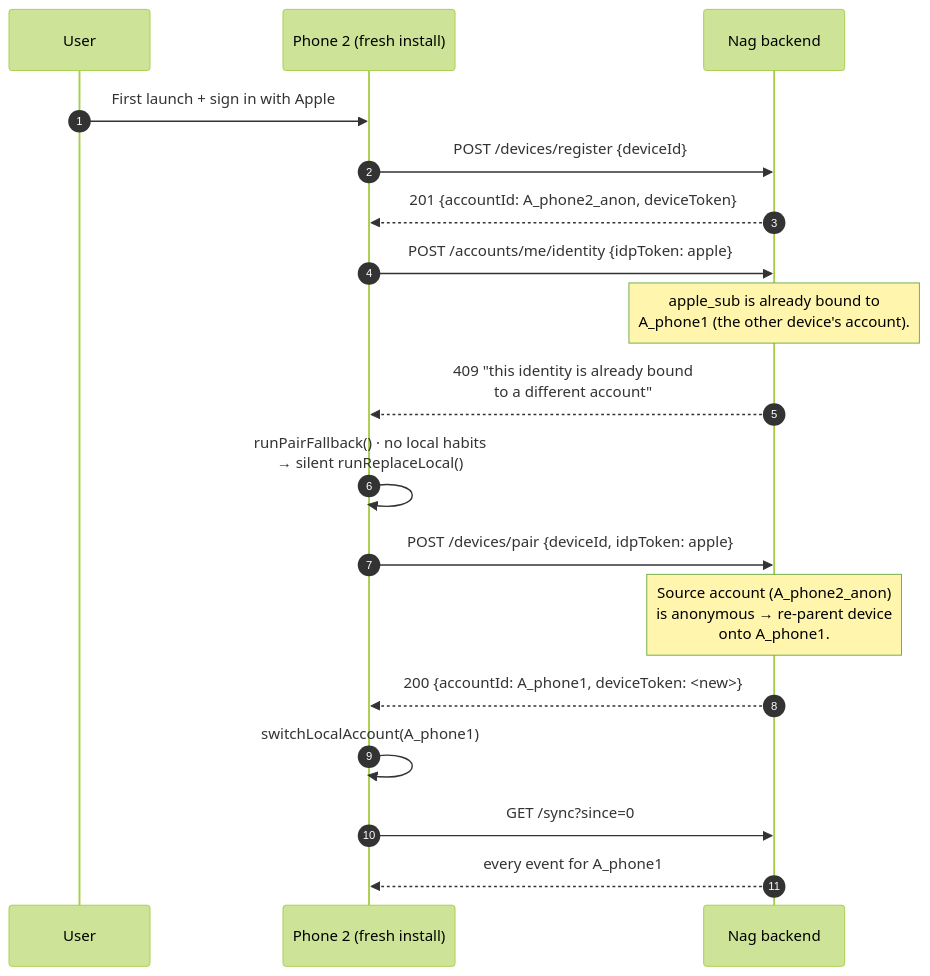
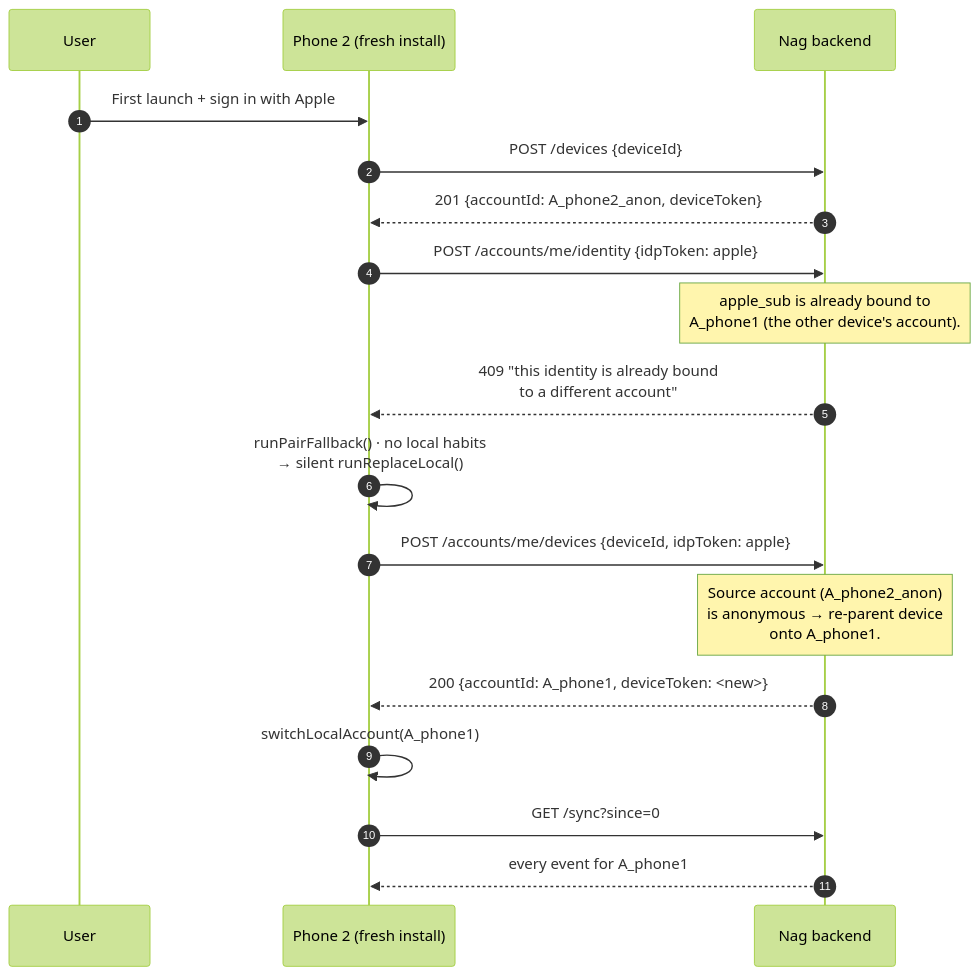
Before and after one commit to auctionready/nag: the ninth of 12 diagrams in docs/IdentityAndAuth.md, drawn with Mermaid (forest theme). The commit also changed other lines of this file and 24 other files, not shown here.

First line of the commit message:
api+app: REST-ify device endpoints (/devices, /accounts/me/devices, /devices/me)

````diff
--- a/docs/IdentityAndAuth.md
+++ b/docs/IdentityAndAuth.md
@@ -623,21 +626,21 @@
 ```mermaid
 sequenceDiagram
     autonumber
     participant U as User
     participant Phone2 as Phone 2 (fresh install)
     participant Server as Nag backend
 
     U->>Phone2: First launch + sign in with Apple
-    Phone2->>Server: POST /devices/register {deviceId}
+    Phone2->>Server: POST /devices {deviceId}
     Server-->>Phone2: 201 {accountId: A_phone2_anon, deviceToken}
     Phone2->>Server: POST /accounts/me/identity {idpToken: apple}
     Note over Server: apple_sub is already bound to<br/>A_phone1 (the other device's account).
     Server-->>Phone2: 409 "this identity is already bound<br/>to a different account"
     Phone2->>Phone2: runPairFallback() · no local habits<br/>→ silent runReplaceLocal()
-    Phone2->>Server: POST /devices/pair {deviceId, idpToken: apple}
+    Phone2->>Server: POST /accounts/me/devices {deviceId, idpToken: apple}
     Note over Server: Source account (A_phone2_anon)<br/>is anonymous → re-parent device<br/>onto A_phone1.
     Server-->>Phone2: 200 {accountId: A_phone1, deviceToken: <new>}
     Phone2->>Phone2: switchLocalAccount(A_phone1)
     Phone2->>Server: GET /sync?since=0
     Server-->>Phone2: every event for A_phone1
 ```
````
